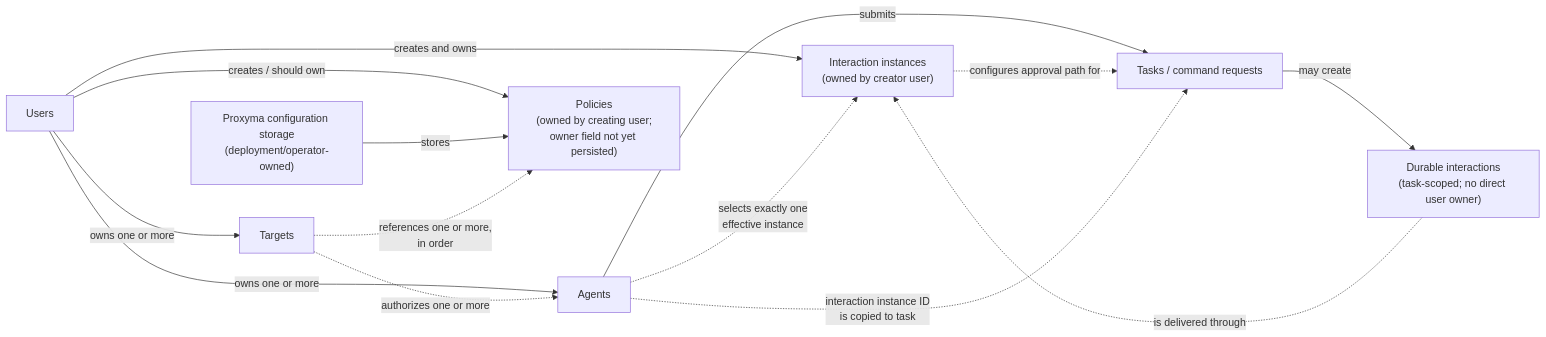
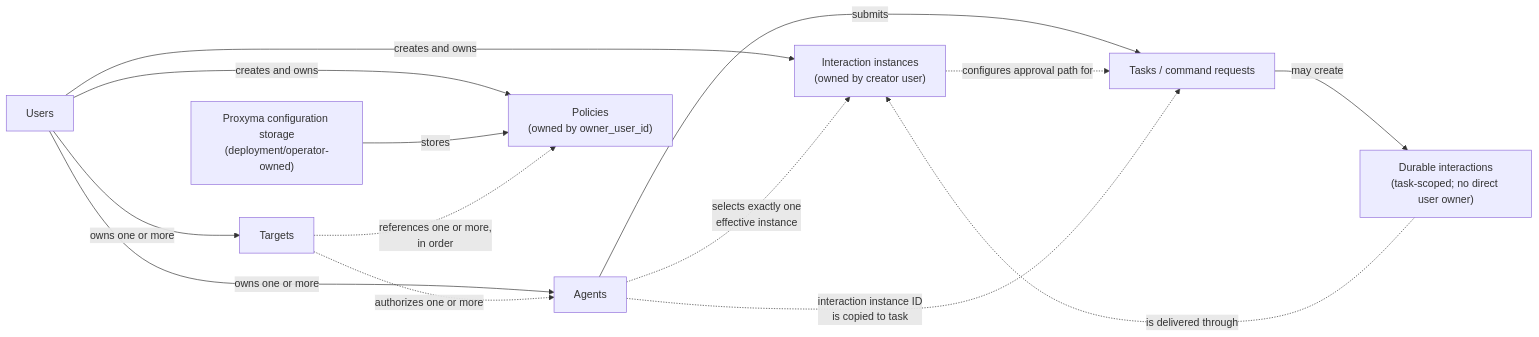
One commit to ascemama/proxyma changed the first of 2 diagrams in docs/entity-dependencies.md. Above: the diagram before and after it, drawn with Mermaid. The commit also changed other lines of this file and 84 other files, not shown here.

````diff
--- a/docs/entity-dependencies.md
+++ b/docs/entity-dependencies.md
@@ -10,27 +17,27 @@
 ```mermaid
 flowchart LR
     Users["Users"]
     Agents["Agents"]
     Targets["Targets"]
-    Policies["Policies<br/>(owned by creating user;<br/>owner field not yet persisted)"]
+    Policies["Policies<br/>(owned by owner_user_id)"]
     Instances["Interaction instances<br/>(owned by creator user)"]
     Tasks["Tasks / command requests"]
     Interactions["Durable interactions<br/>(task-scoped; no direct user owner)"]
     Config["Proxyma configuration storage<br/>(deployment/operator-owned)"]
 
     Users -->|"owns one or more"| Agents
     Users -->|"owns one or more"| Targets
     Users -->|"creates and owns"| Instances
-    Users -->|"creates / should own"| Policies
+    Users -->|"creates and owns"| Policies
     Config -->|"stores"| Policies
 
     Targets -.->|"authorizes one or more"| Agents
     Targets -.->|"references one or more,<br/>in order"| Policies
     Agents -.->|"selects exactly one<br/>effective instance"| Instances
 
     Agents -->|"submits"| Tasks
     Instances -.->|"configures approval path for"| Tasks
     Tasks -->|"may create"| Interactions
     Agents -.->|"interaction instance ID<br/>is copied to task"| Tasks
     Interactions -.->|"is delivered through"| Instances
 ```
````
